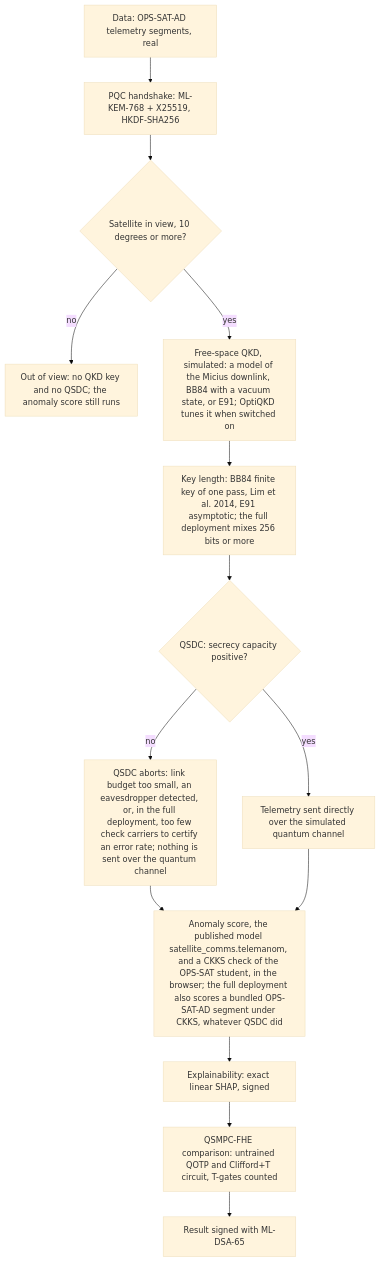
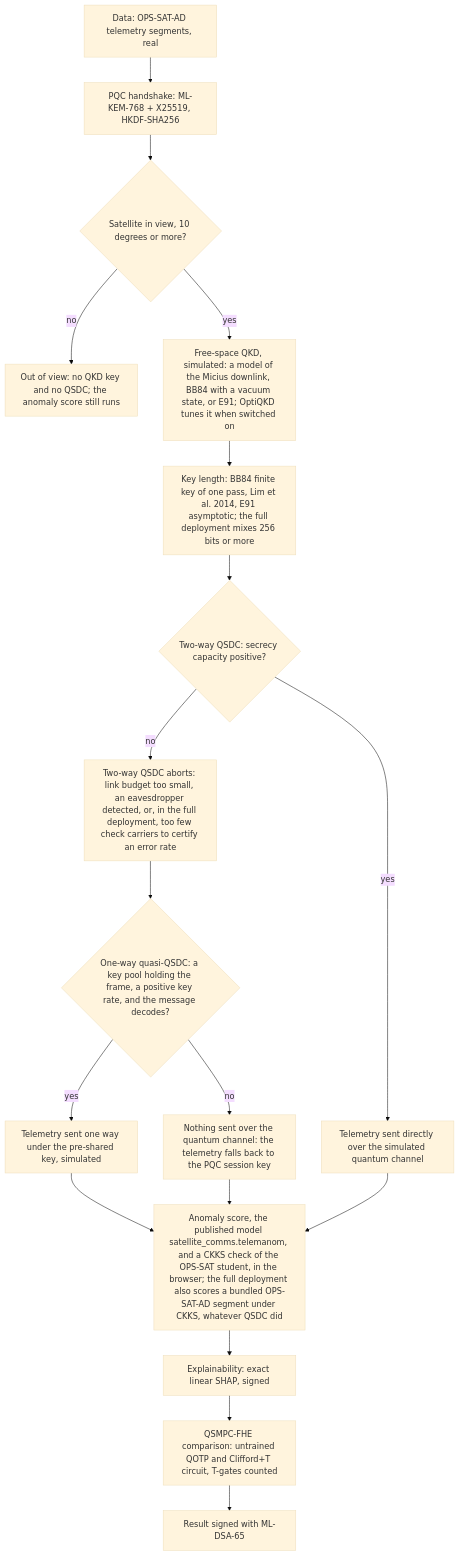
Before and after one commit to Quantum-Daemons/QSMPC-QKD-QHE-AI-Hybrid: the seventh of 11 diagrams in README.md, drawn with Mermaid (base theme). The commit also changed other lines of this file and 20 other files, not shown here.

First line of the commit message:
One-way quasi-QSDC carries the satellite's telemetry where two-way QSDC cannot close

````diff
--- a/README.md
+++ b/README.md
@@ -249,29 +249,36 @@
 ```mermaid
 flowchart TB
   D["Data: OPS-SAT-AD telemetry segments, real"]
   H["PQC handshake: ML-KEM-768 + X25519, HKDF-SHA256"]
   V{"Satellite in view, 10 degrees or more?"}
   NV["Out of view: no QKD key and no QSDC; the anomaly score still runs"]
   K["Free-space QKD, simulated: a model of the Micius downlink, BB84 with a vacuum state, or E91; OptiQKD tunes it when switched on"]
   L["Key length: BB84 finite key of one pass, Lim et al. 2014, E91 asymptotic; the full deployment mixes 256 bits or more"]
-  QD{"QSDC: secrecy capacity positive?"}
-  NA["QSDC aborts: link budget too small, an eavesdropper detected, or, in the full deployment, too few check carriers to certify an error rate; nothing is sent over the quantum channel"]
+  QD{"Two-way QSDC: secrecy capacity positive?"}
+  NA["Two-way QSDC aborts: link budget too small, an eavesdropper detected, or, in the full deployment, too few check carriers to certify an error rate"]
+  QS{"One-way quasi-QSDC: a key pool holding the frame, a positive key rate, and the message decodes?"}
+  QT["Telemetry sent one way under the pre-shared key, simulated"]
+  F["Nothing sent over the quantum channel: the telemetry falls back to the PQC session key"]
   T["Telemetry sent directly over the simulated quantum channel"]
   A["Anomaly score, the published model satellite_comms.telemanom, and a CKKS check of the OPS-SAT student, in the browser; the full deployment also scores a bundled OPS-SAT-AD segment under CKKS, whatever QSDC did"]
   X["Explainability: exact linear SHAP, signed"]
   C["QSMPC-FHE comparison: untrained QOTP and Clifford+T circuit, T-gates counted"]
   S["Result signed with ML-DSA-65"]
   D --> H
   H --> V
   V -->|no| NV
   V -->|yes| K
   K --> L
   L --> QD
   QD -->|no| NA
   QD -->|yes| T
-  NA --> A
+  NA --> QS
+  QS -->|yes| QT
+  QS -->|no| F
+  QT --> A
+  F --> A
   T --> A
   A --> X
   X --> C
   C --> S
 ```
````
